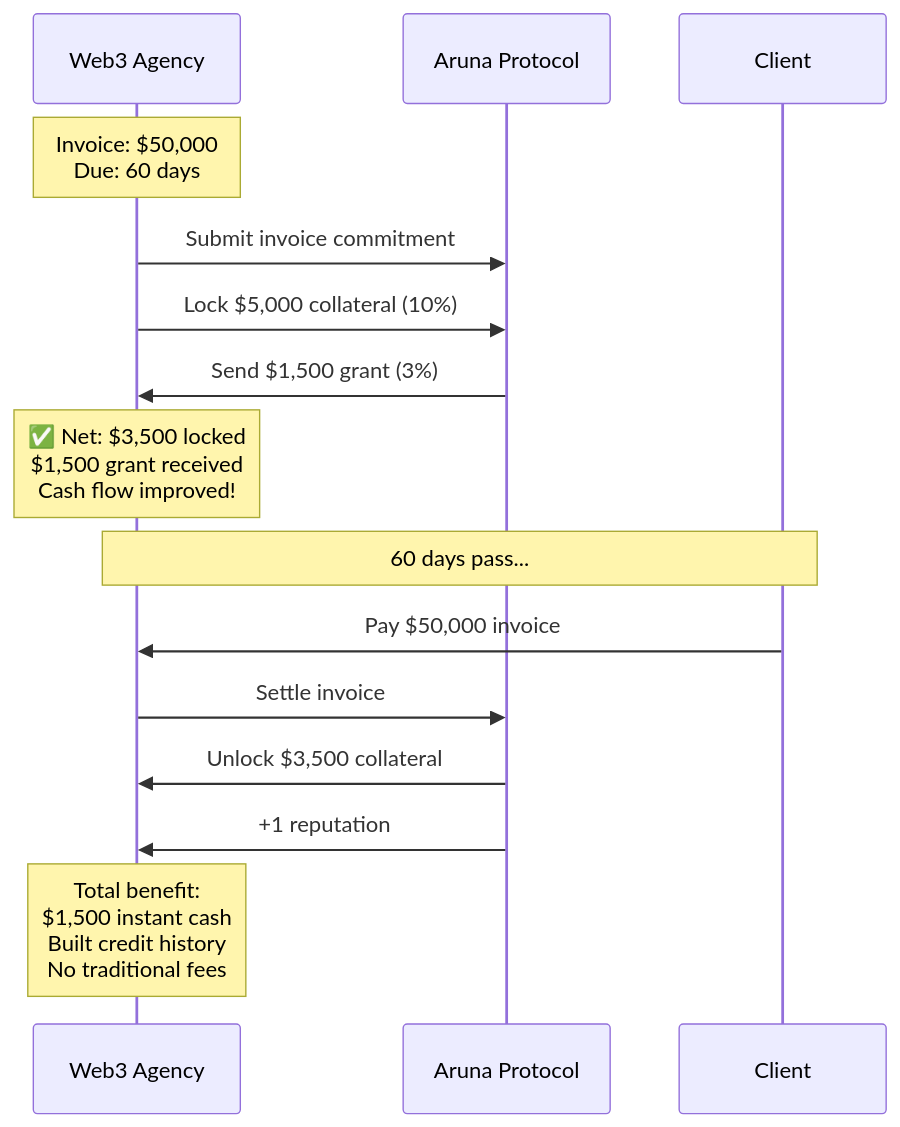
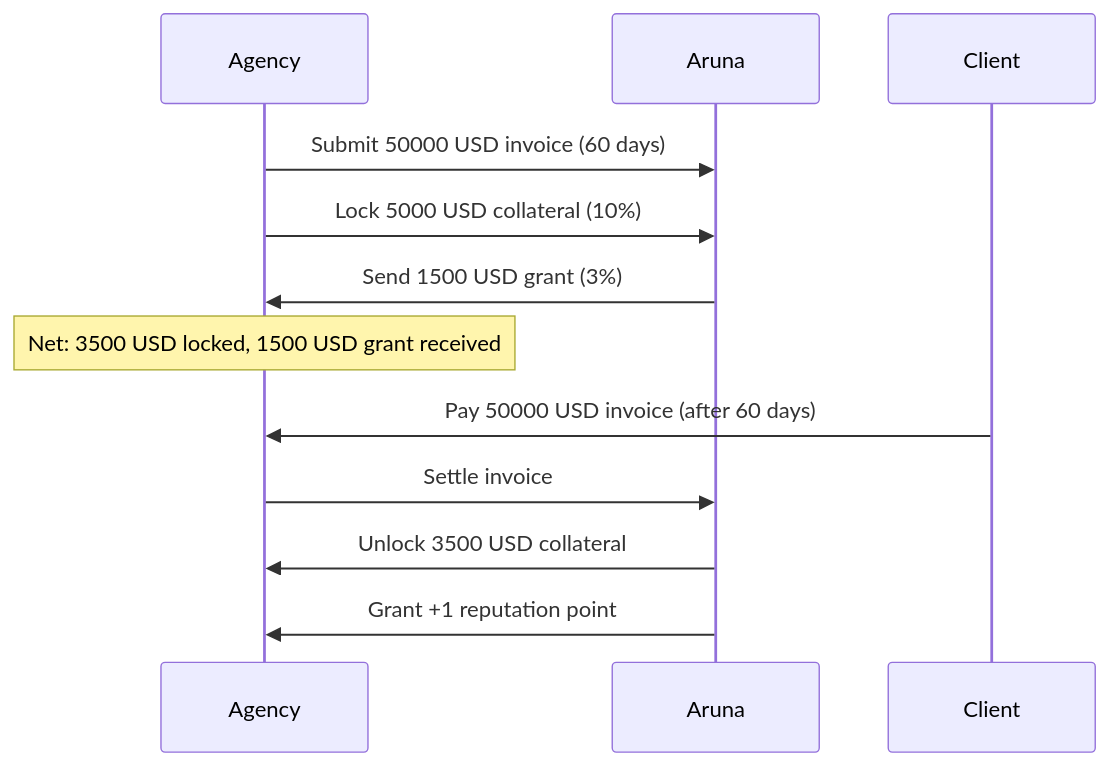
One commit to yeheskieltame/Aruna changed the first of 7 diagrams in docs/use-cases.md. Above: the diagram before and after it, drawn with Mermaid. The commit also changed other lines of this file and 7 other files, not shown here.

````diff
--- a/docs/use-cases.md
+++ b/docs/use-cases.md
@@ -15,23 +17,17 @@
 ```mermaid
 sequenceDiagram
-    participant Agency as Web3 Agency
-    participant Aruna as Aruna Protocol
-    participant Client as Client
+    participant Agency
+    participant Aruna
+    participant Client
 
-    Note over Agency: Invoice: $50,000<br/>Due: 60 days
+    Agency->>Aruna: Submit 50000 USD invoice (60 days)
+    Agency->>Aruna: Lock 5000 USD collateral (10%)
+    Aruna->>Agency: Send 1500 USD grant (3%)
 
-    Agency->>Aruna: Submit invoice commitment
-    Agency->>Aruna: Lock $5,000 collateral (10%)
-    Aruna->>Agency: Send $1,500 grant (3%)
+    Note over Agency: Net: 3500 USD locked, 1500 USD grant received
 
-    Note over Agency: ✅ Net: $3,500 locked<br/>$1,500 grant received<br/>Cash flow improved!
-
-    Note over Agency,Client: 60 days pass...
-
-    Client->>Agency: Pay $50,000 invoice
+    Client->>Agency: Pay 50000 USD invoice (after 60 days)
     Agency->>Aruna: Settle invoice
-    Aruna->>Agency: Unlock $3,500 collateral
-    Aruna->>Agency: +1 reputation
-
-    Note over Agency: Total benefit:<br/>$1,500 instant cash<br/>Built credit history<br/>No traditional fees
+    Aruna->>Agency: Unlock 3500 USD collateral
+    Aruna->>Agency: Grant +1 reputation point
 ```
````
